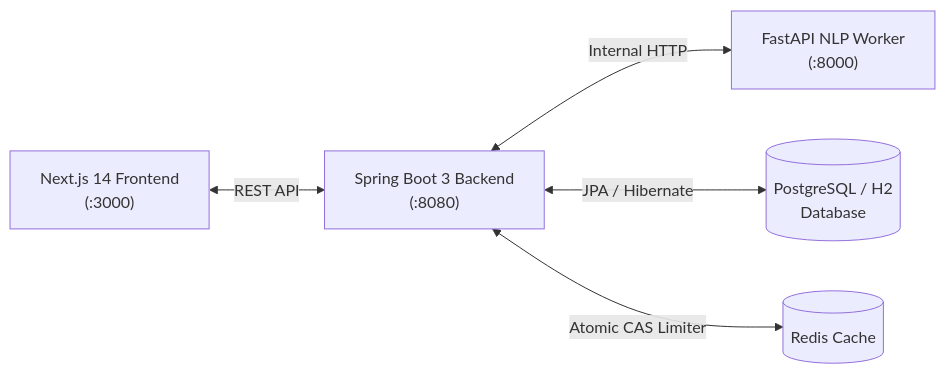
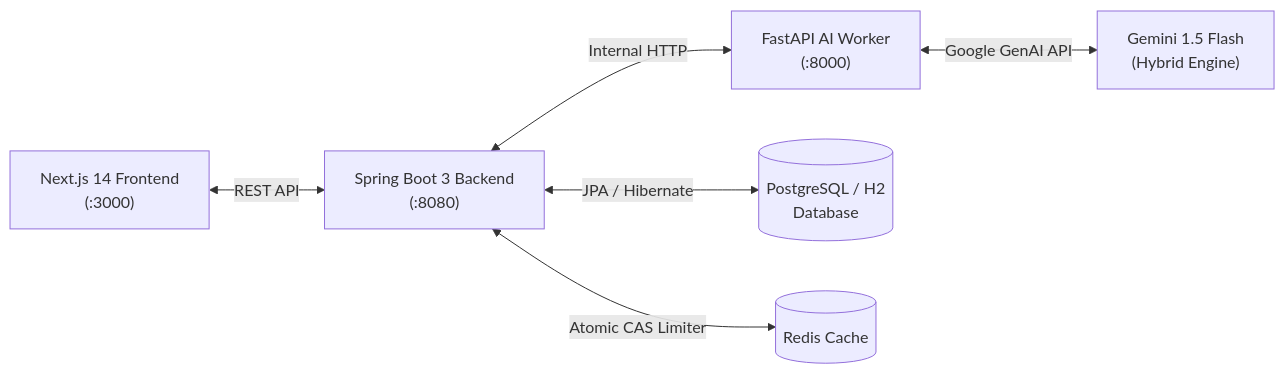
Before and after one commit to SithumManusha/careerflow: the diagram in README.md, drawn with Mermaid. The commit also changed other lines of this file and 11 other files, not shown here.

Commit message:
feat(devops-ai): elevate CareerFlow to production DevOps and Google Gemini AI flagship

````diff
--- a/README.md
+++ b/README.md
@@ -29,7 +45,8 @@
 ```mermaid
 flowchart LR
     A["Next.js 14 Frontend<br/>(:3000)"] <-->|"REST API"| B["Spring Boot 3 Backend<br/>(:8080)"]
-    B <-->|"Internal HTTP"| C["FastAPI NLP Worker<br/>(:8000)"]
+    B <-->|"Internal HTTP"| C["FastAPI AI Worker<br/>(:8000)"]
+    C <-->|"Google GenAI API"| F["Gemini 1.5 Flash<br/>(Hybrid Engine)"]
     B <-->|"JPA / Hibernate"| D[("PostgreSQL / H2<br/>Database")]
     B <-->|"Atomic CAS Limiter"| E[("Redis Cache")]
 ```
````
